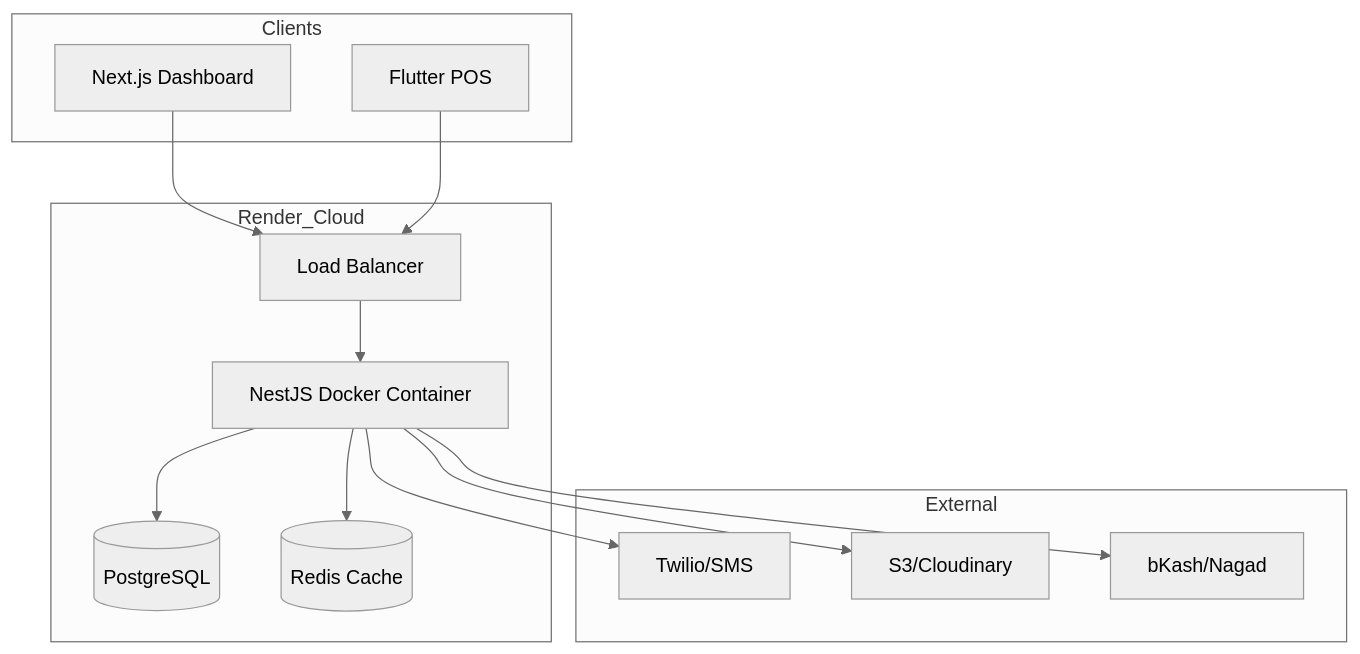
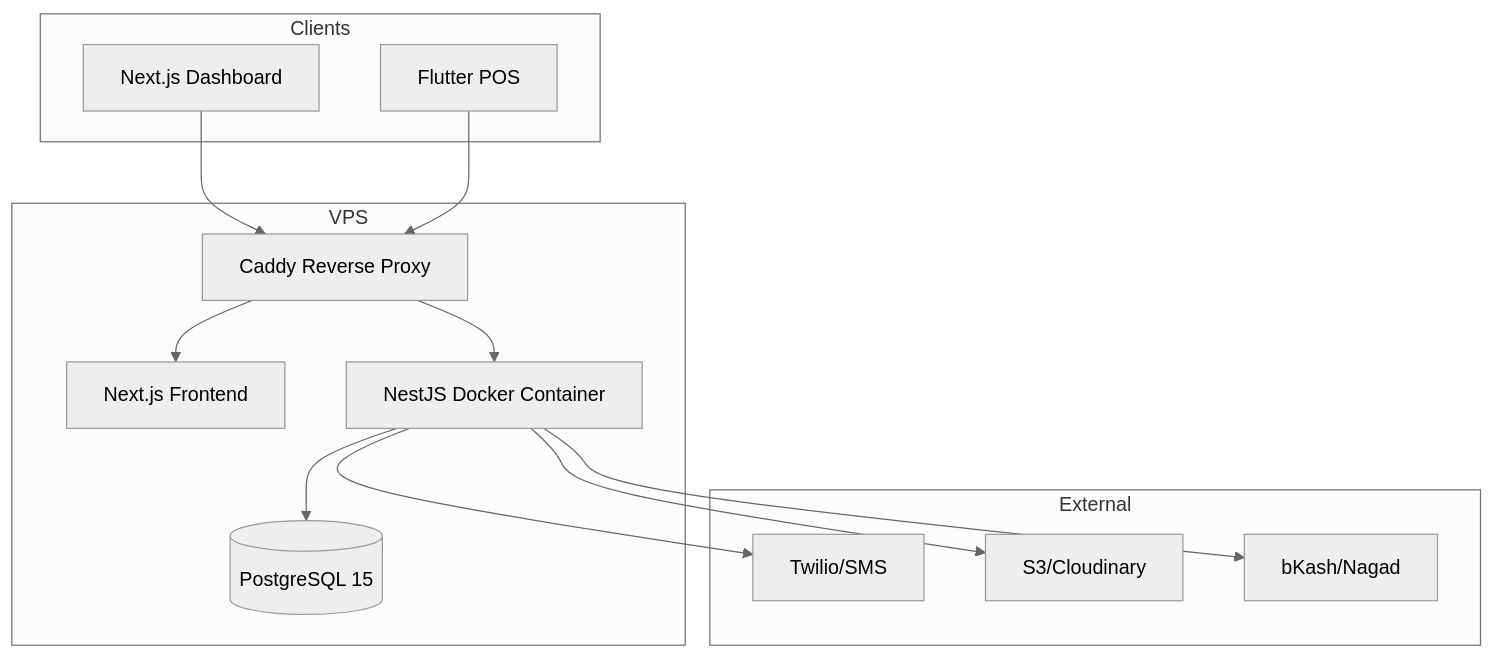
One commit to nayeem-ahmad/erp71 changed the diagram in docs/architecture/high-level-architecture.md. Above: the diagram before and after it, drawn with Mermaid (neutral theme). The commit also changed other lines of this file and 15 other files, not shown here.

First line of the commit message:
docs: retire Render.com references; document VPS deploy via scripts/deploy.sh

````diff
--- a/docs/architecture/high-level-architecture.md
+++ b/docs/architecture/high-level-architecture.md
@@ -24,29 +24,29 @@
 ```mermaid
 graph TD
     subgraph Clients
         Web[Next.js Dashboard]
         Mobile[Flutter POS]
     end
 
-    subgraph Render_Cloud
-        LB[Load Balancer]
+    subgraph VPS
+        Caddy[Caddy Reverse Proxy]
+        FE[Next.js Frontend]
         API[NestJS Docker Container]
-        DB[(PostgreSQL)]
-        Redis[(Redis Cache)]
+        DB[(PostgreSQL 15)]
     end
 
     subgraph External
         SMS[Twilio/SMS]
         Storage[S3/Cloudinary]
         Pay[bKash/Nagad]
     end
 
-    Web --> LB
-    Mobile --> LB
-    LB --> API
+    Web --> Caddy
+    Mobile --> Caddy
+    Caddy --> FE
+    Caddy --> API
     API --> DB
-    API --> Redis
     API --> SMS
     API --> Storage
     API --> Pay
 ```
````
